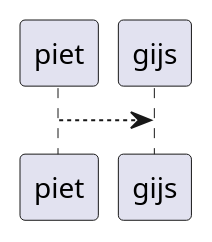
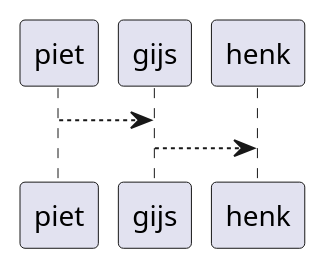
One commit to rwestgeest/markdown-spike changed the diagram in readme.md. Above: the diagram before and after it, drawn with PlantUML.

```diff
--- a/readme.md
+++ b/readme.md
@@ -11,3 +11,4 @@
 @startuml
 piet --> gijs
+gijs --> henk
 @enduml
```
